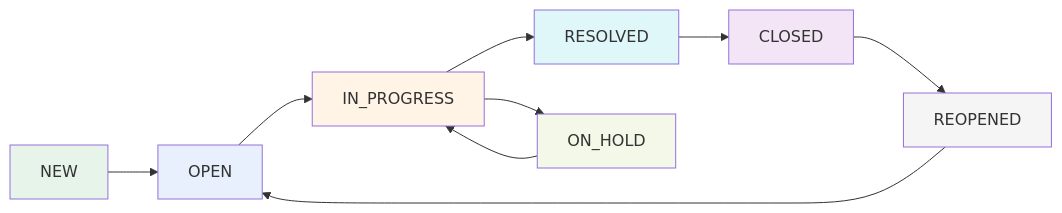
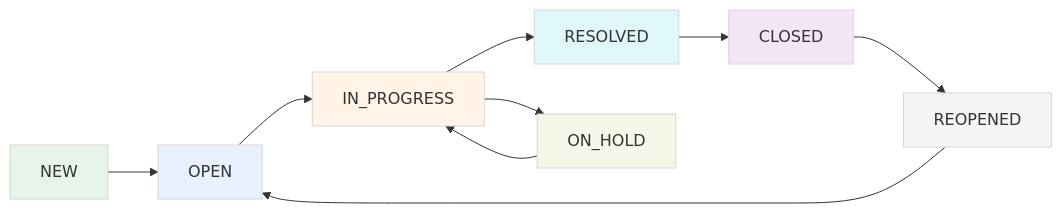
The sixth of 7 diagrams in NTG-Ticket-User Guide.md (salmanb74-dev/ntg-ticket), drawn with Mermaid before and after one commit. The commit also changed other lines of this file, not shown here.

````diff
--- a/NTG-Ticket-User Guide.md
+++ b/NTG-Ticket-User Guide.md
@@ -280,18 +280,18 @@
 ```mermaid
 flowchart LR
     A[NEW] --> B[OPEN]
     B --> C[IN_PROGRESS]
     C --> D[RESOLVED]
     D --> E[CLOSED]
     C --> F[ON_HOLD]
     F --> C
     E --> G[REOPENED]
     G --> B
-    style A fill:#E6F4EA
-    style B fill:#E8F0FE
-    style C fill:#FFF4E5
-    style D fill:#E0F7FA
-    style E fill:#F3E5F5
-    style F fill:#F4F8E8
-    style G fill:#F5F5F5
+    style A fill:#E6F4EA,stroke:#D6D6D6,stroke-width:1px
+    style B fill:#E8F0FE,stroke:#D6D6D6,stroke-width:1px
+    style C fill:#FFF4E5,stroke:#D6D6D6,stroke-width:1px
+    style D fill:#E0F7FA,stroke:#D6D6D6,stroke-width:1px
+    style E fill:#F3E5F5,stroke:#D6D6D6,stroke-width:1px
+    style F fill:#F4F8E8,stroke:#D6D6D6,stroke-width:1px
+    style G fill:#F5F5F5,stroke:#D6D6D6,stroke-width:1px
 ```
````
